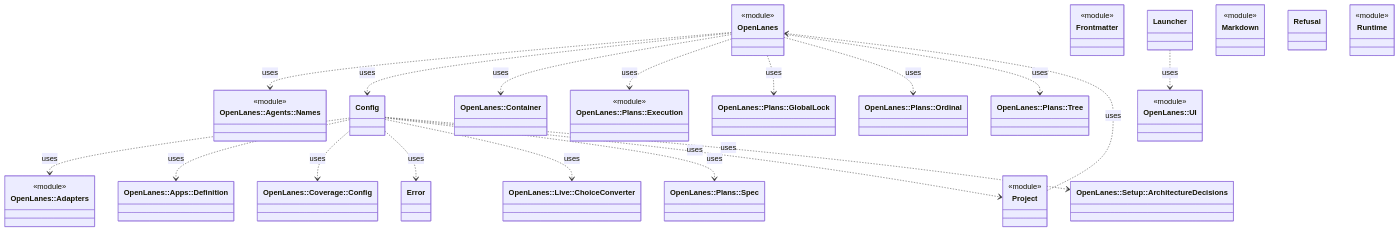
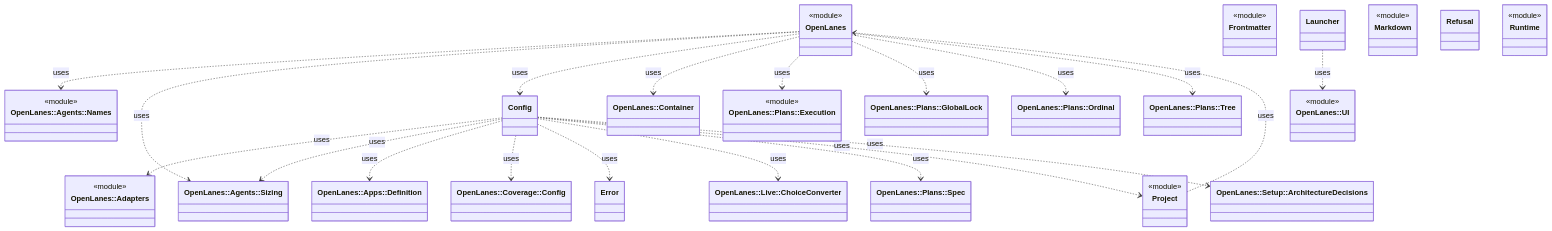
Before and after one commit to kigster/openlanes: the diagram in docs/architecture/openlanes.md, drawn with Mermaid. The commit also changed 15 other files, not shown here.

````diff
--- a/docs/architecture/openlanes.md
+++ b/docs/architecture/openlanes.md
@@ -5,51 +5,54 @@
 ```mermaid
 classDiagram
   class OpenLanes["OpenLanes"]
   <<module>> OpenLanes
   class OpenLanes__Adapters["OpenLanes::Adapters"]
   <<module>> OpenLanes__Adapters
   class OpenLanes__Agents__Names["OpenLanes::Agents::Names"]
   <<module>> OpenLanes__Agents__Names
+  class OpenLanes__Agents__Sizing["OpenLanes::Agents::Sizing"]
   class OpenLanes__Apps__Definition["OpenLanes::Apps::Definition"]
   class OpenLanes__Config["Config"]
   class OpenLanes__Container["OpenLanes::Container"]
   class OpenLanes__Coverage__Config["OpenLanes::Coverage::Config"]
   class OpenLanes__Error["Error"]
   class OpenLanes__Frontmatter["Frontmatter"]
   <<module>> OpenLanes__Frontmatter
   class OpenLanes__Launcher["Launcher"]
   class OpenLanes__Live__ChoiceConverter["OpenLanes::Live::ChoiceConverter"]
   class OpenLanes__Markdown["Markdown"]
   <<module>> OpenLanes__Markdown
   class OpenLanes__Plans__Execution["OpenLanes::Plans::Execution"]
   <<module>> OpenLanes__Plans__Execution
   class OpenLanes__Plans__GlobalLock["OpenLanes::Plans::GlobalLock"]
   class OpenLanes__Plans__Ordinal["OpenLanes::Plans::Ordinal"]
   class OpenLanes__Plans__Spec["OpenLanes::Plans::Spec"]
   class OpenLanes__Plans__Tree["OpenLanes::Plans::Tree"]
   class OpenLanes__Project["Project"]
   <<module>> OpenLanes__Project
   class OpenLanes__Refusal["Refusal"]
   class OpenLanes__Runtime["Runtime"]
   <<module>> OpenLanes__Runtime
   class OpenLanes__Setup__ArchitectureDecisions["OpenLanes::Setup::ArchitectureDecisions"]
   class OpenLanes__UI["OpenLanes::UI"]
   <<module>> OpenLanes__UI
   OpenLanes ..> OpenLanes__Agents__Names : uses
+  OpenLanes ..> OpenLanes__Agents__Sizing : uses
   OpenLanes ..> OpenLanes__Config : uses
   OpenLanes ..> OpenLanes__Container : uses
   OpenLanes ..> OpenLanes__Plans__Execution : uses
   OpenLanes ..> OpenLanes__Plans__GlobalLock : uses
   OpenLanes ..> OpenLanes__Plans__Ordinal : uses
   OpenLanes ..> OpenLanes__Plans__Tree : uses
   OpenLanes__Config ..> OpenLanes__Adapters : uses
+  OpenLanes__Config ..> OpenLanes__Agents__Sizing : uses
   OpenLanes__Config ..> OpenLanes__Apps__Definition : uses
   OpenLanes__Config ..> OpenLanes__Coverage__Config : uses
   OpenLanes__Config ..> OpenLanes__Error : uses
   OpenLanes__Config ..> OpenLanes__Live__ChoiceConverter : uses
   OpenLanes__Config ..> OpenLanes__Plans__Spec : uses
   OpenLanes__Config ..> OpenLanes__Project : uses
   OpenLanes__Config ..> OpenLanes__Setup__ArchitectureDecisions : uses
   OpenLanes__Launcher ..> OpenLanes__UI : uses
   OpenLanes__Project ..> OpenLanes : uses
 ```
````
